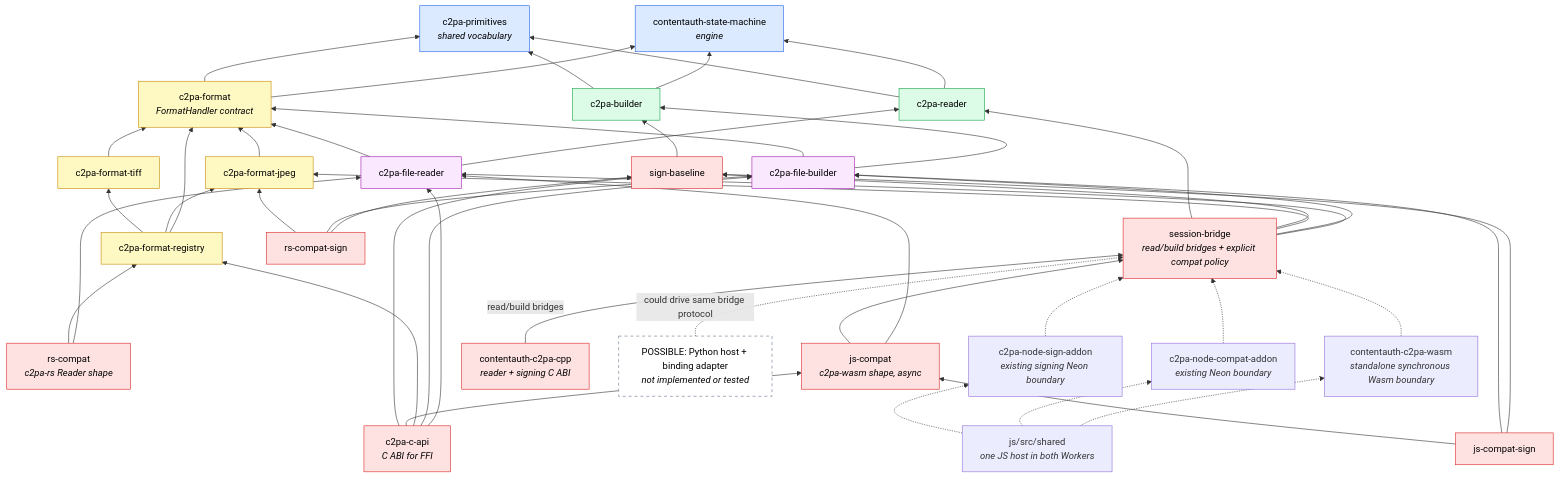
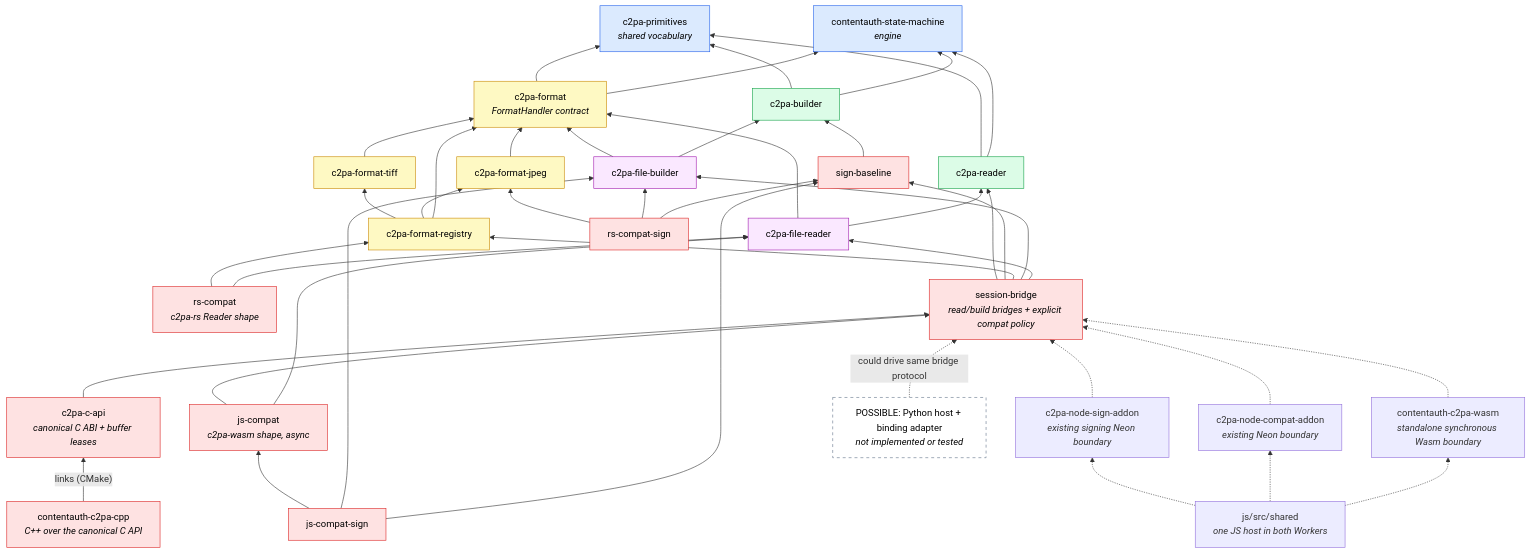
One commit to scouten/state-machine-experiment changed the first of 2 diagrams in docs/walkthrough/02-architecture.md. Above: the diagram before and after it, drawn with Mermaid. The commit also changed other lines of this file and 95 other files, not shown here.

First line of the commit message:
Implement zero-copy read leases for C++ signing (#65)

````diff
--- a/docs/walkthrough/02-architecture.md
+++ b/docs/walkthrough/02-architecture.md
@@ -14,66 +14,66 @@
 ```mermaid
 flowchart BT
     SM["contentauth-state-machine<br/><i>engine</i>"]
     PR["c2pa-primitives<br/><i>shared vocabulary</i>"]
 
     RD["c2pa-reader"]
     BD["c2pa-builder"]
     FM["c2pa-format<br/><i>FormatHandler contract</i>"]
 
     JP["c2pa-format-jpeg"]
     TF["c2pa-format-tiff"]
     RG["c2pa-format-registry"]
 
     FR["c2pa-file-reader"]
     FB["c2pa-file-builder"]
 
     RSC["rs-compat<br/><i>c2pa-rs Reader shape</i>"]
     JSC["js-compat<br/><i>c2pa-wasm shape, async</i>"]
     BR["session-bridge<br/><i>read/build bridges + explicit compat policy</i>"]
 
     SB["sign-baseline"]
     RSS["rs-compat-sign"]
     JSS["js-compat-sign"]
     HOST["js/src/shared<br/><i>one JS host in both Workers</i>"]
     PW["contentauth-c2pa-wasm<br/><i>standalone synchronous Wasm boundary</i>"]
     PN["c2pa-node-compat-addon<br/><i>existing Neon boundary</i>"]
     PNS["c2pa-node-sign-addon<br/><i>existing signing Neon boundary</i>"]
-    CPP["contentauth-c2pa-cpp<br/><i>reader + signing C ABI</i>"]
+    CPP["contentauth-c2pa-cpp<br/><i>C++ over the canonical C API</i>"]
     PY["POSSIBLE: Python host + binding adapter<br/><i>not implemented or tested</i>"]
-    CAPI["c2pa-c-api<br/><i>C ABI for FFI</i>"]
+    CAPI["c2pa-c-api<br/><i>canonical C ABI + buffer leases</i>"]
 
     RD --> SM & PR
     BD --> SM & PR
     FM --> SM & PR
     JP --> FM
     TF --> FM
     RG --> FM & JP & TF
     FR --> RD & FM
     FB --> BD & FM
     RSC --> FR & RG
     JSC --> FR & BR
-    BR --> FR & FB & JP & SB & RD
+    BR --> FR & FB & RG & SB & RD
     SB --> BD
     RSS --> SB & FB & JP
     JSS --> SB & FB & JSC
     HOST -.-> PW & PN & PNS
     PW -.-> BR
     PN -.-> BR
     PNS -.-> BR
-    CPP -->|"read/build bridges"| BR
+    CPP -->|"links (CMake)"| CAPI
     PY -.->|"could drive same bridge protocol"| BR
-    CAPI --> FR & FB & RG & JSC & SB
+    CAPI --> BR
 
     classDef engine fill:#dbeafe,stroke:#2563eb,color:#000
     classDef core fill:#dcfce7,stroke:#16a34a,color:#000
     classDef fmt fill:#fef9c3,stroke:#ca8a04,color:#000
     classDef glue fill:#fae8ff,stroke:#a21caf,color:#000
     classDef bind fill:#fee2e2,stroke:#dc2626,color:#000
     classDef proposed fill:#fff,stroke:#64748b,stroke-dasharray:5 5,color:#000
     class SM,PR engine
     class RD,BD core
     class FM,JP,TF,RG fmt
     class FR,FB glue
     class RSC,JSC,BR,CPP,SB,RSS,JSS,CAPI bind
     class PY proposed
 ```
````
